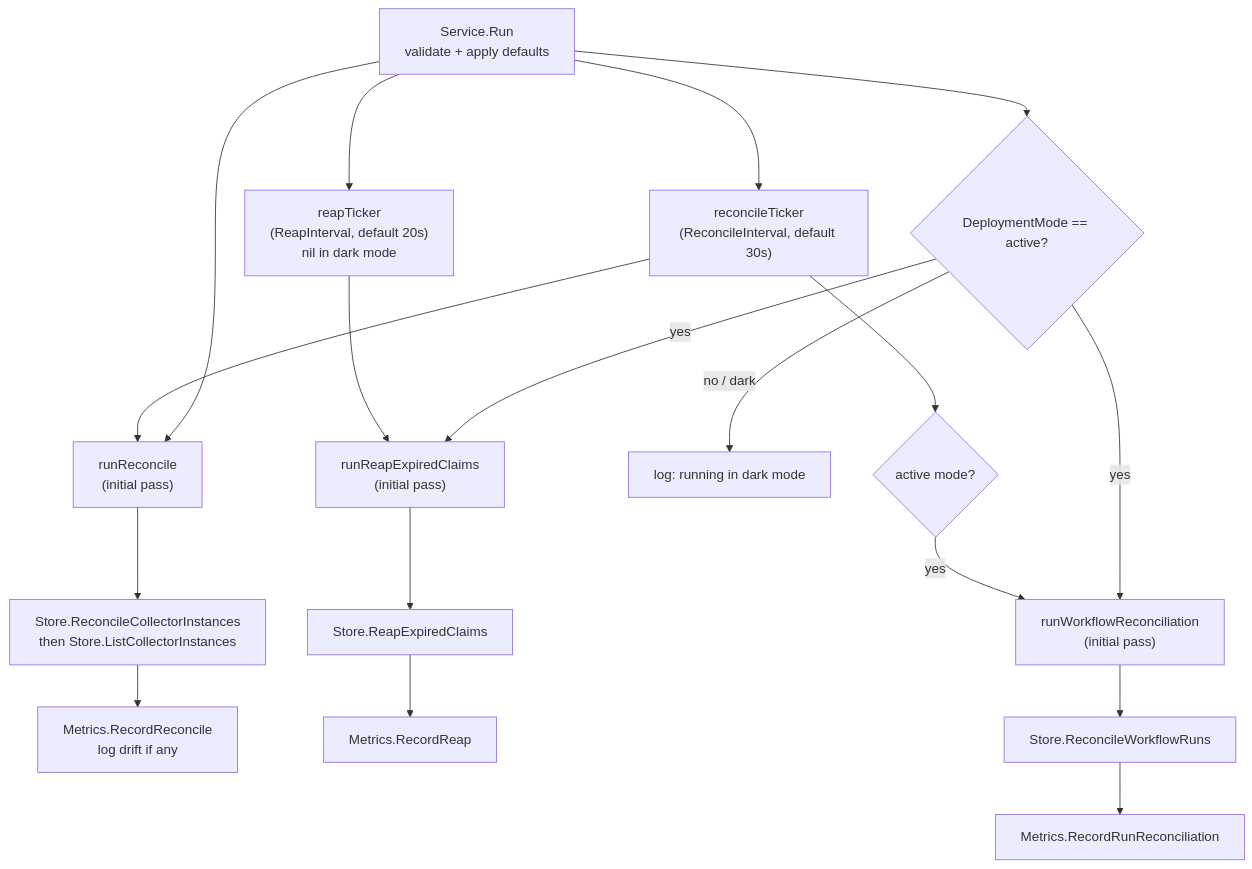
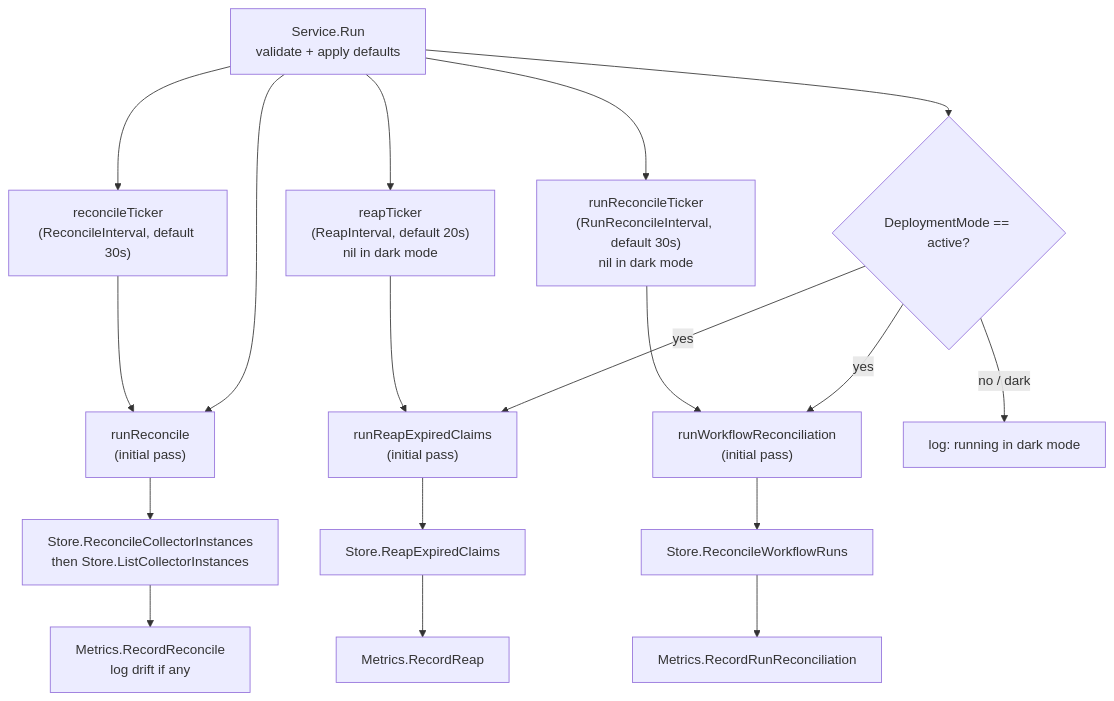
The second of 2 diagrams in go/internal/coordinator/README.md (eshu-hq/eshu), drawn with Mermaid before and after one commit. The commit also changed other lines of this file and 11 other files, not shown here.

````diff
--- a/go/internal/coordinator/README.md
+++ b/go/internal/coordinator/README.md
@@ -26,20 +27,20 @@
 ```mermaid
 flowchart TB
   A["Service.Run\nvalidate + apply defaults"] --> B["runReconcile\n(initial pass)"]
   A --> C{"DeploymentMode == active?"}
   C -- yes --> D["runReapExpiredClaims\n(initial pass)"]
   C -- yes --> E["runWorkflowReconciliation\n(initial pass)"]
   C -- no / dark --> F["log: running in dark mode"]
   A --> G["reconcileTicker\n(ReconcileInterval, default 30s)"]
   G --> B
-  G --> H{"active mode?"}
-  H -- yes --> E
+  A --> H["runReconcileTicker\n(RunReconcileInterval, default 30s)\nnil in dark mode"]
+  H --> E
   A --> I["reapTicker\n(ReapInterval, default 20s)\nnil in dark mode"]
   I --> D
   B --> J["Store.ReconcileCollectorInstances\nthen Store.ListCollectorInstances"]
   J --> K["Metrics.RecordReconcile\nlog drift if any"]
   D --> L["Store.ReapExpiredClaims"]
   L --> M["Metrics.RecordReap"]
   E --> N["Store.ReconcileWorkflowRuns"]
   N --> O["Metrics.RecordRunReconciliation"]
 ```
````
